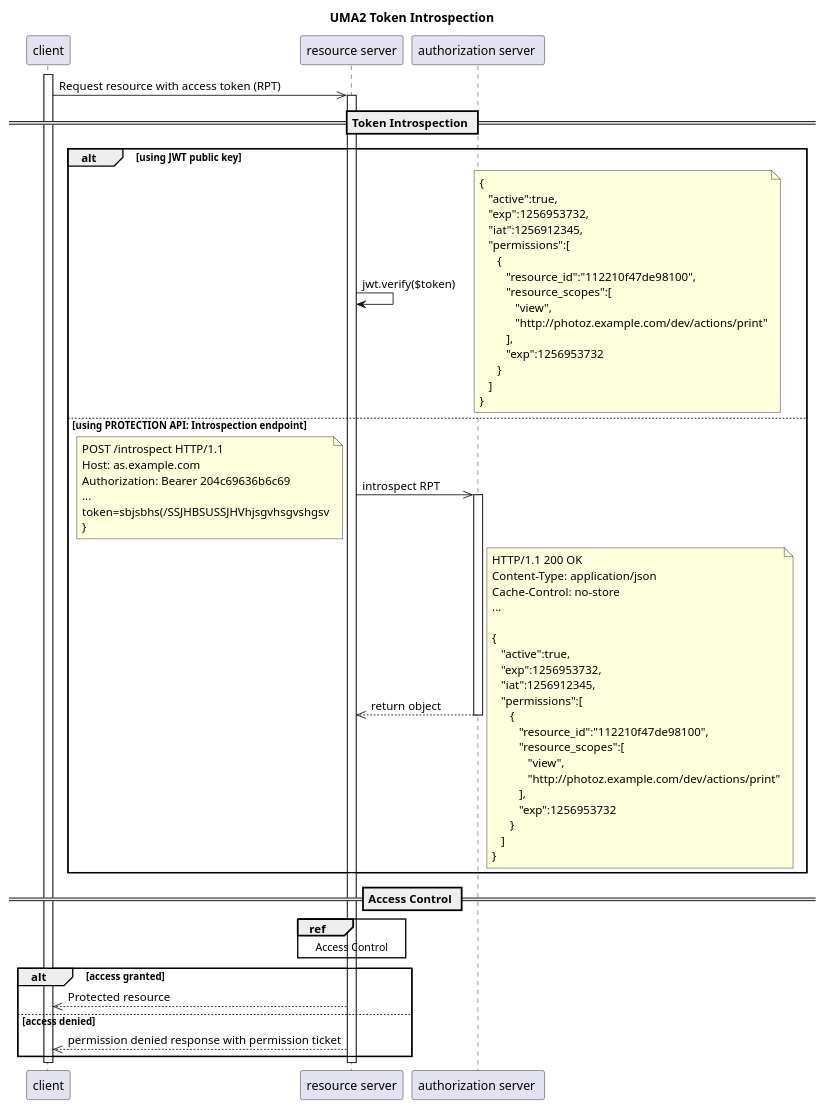
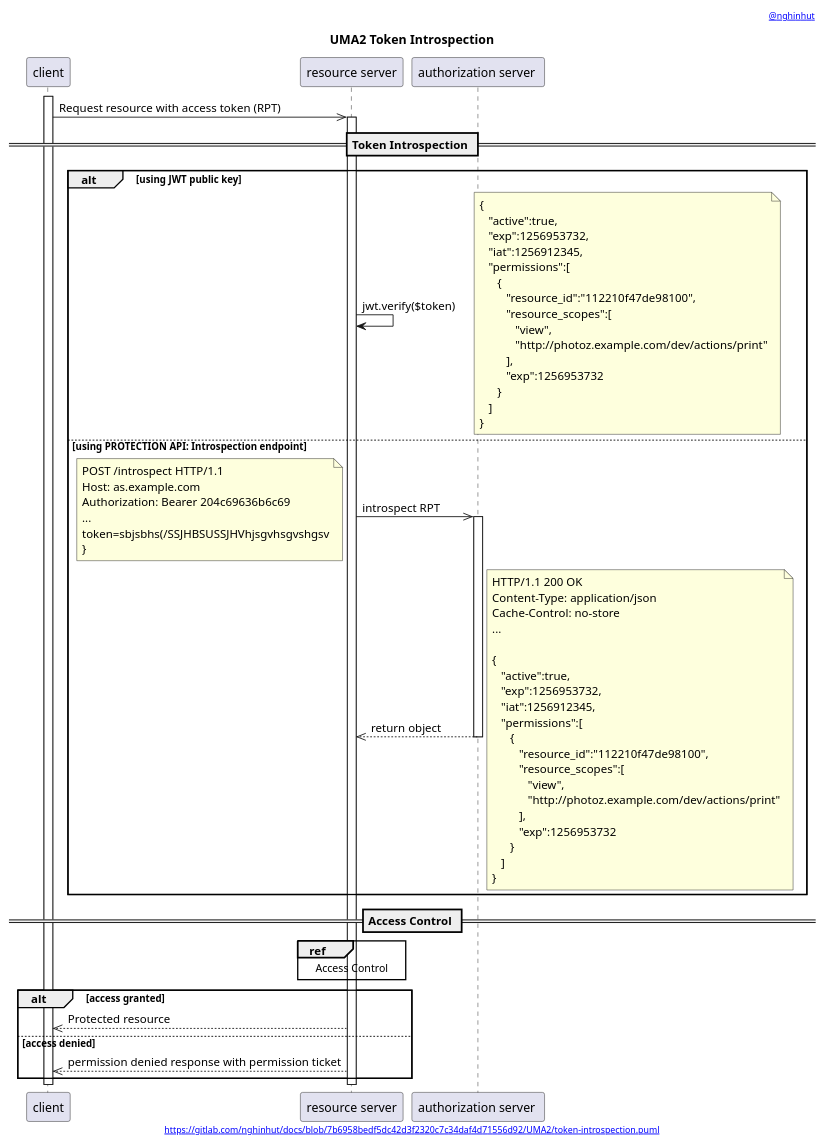
The diagram in UMA2/token-introspection.puml (nghinhut/docs), drawn with PlantUML before and after one commit. The commit also changed 27 other files, not shown here.

```diff
--- a/UMA2/token-introspection.puml
+++ b/UMA2/token-introspection.puml
@@ -1,82 +1,87 @@
 @startuml
+'-----START auto generated metadata please keep comment here to allow auto update-----
+'-----DON'T EDIT THIS SECTION, INSTEAD RE-RUN prebuild.sh TO UPDATE-----
+header [[https://www.nghinhut.dev?from=http%5C%3A%5C%2F%5C%2Fwww%5C.plantuml%5C.com%5C%2Fplantuml%5C%2Fproxy%3Ffmt%3Dsvg%5C%26src%3Dhttps%5C%3A%5C%2F%5C%2Fgitlab%5C.com%5C%2Fnghinhut%5C%2Fdocs%5C%2Fraw%5C%2F7b6958bedf5dc42d3f2320c7c34daf4d71556d92%5C%2FUMA2%5C%2Ftoken-introspection%5C.puml%0A @nghinhut]]
+footer [[http://www.plantuml.com/plantuml/proxy?fmt=svg&src=https://gitlab.com/nghinhut/docs/raw/7b6958bedf5dc42d3f2320c7c34daf4d71556d92/UMA2/token-introspection.puml https://gitlab.com/nghinhut/docs/blob/7b6958bedf5dc42d3f2320c7c34daf4d71556d92/UMA2/token-introspection.puml]]
+'-----END auto generated metadata please keep comment here to allow auto update-----
 title UMA2 Token Introspection
 
 participant "client" as client
 participant "resource server" as rs
 participant "authorization server " as as
 
 activate client
 client ->> rs : Request resource with access token (RPT)
 activate rs
 
 == Token Introspection ==
 alt using JWT public key
     rs -> rs : jwt.verify($token)
     note right
         {
            "active":true,
            "exp":1256953732,
            "iat":1256912345,
            "permissions":[
               {
                  "resource_id":"112210f47de98100",
                  "resource_scopes":[
                     "view",
                     "http://photoz.example.com/dev/actions/print"
                  ],
                  "exp":1256953732
               }
            ]
         }
     end note
 else using PROTECTION API: Introspection endpoint
     rs ->> as : introspect RPT
     note left
         POST /introspect HTTP/1.1
         Host: as.example.com
         Authorization: Bearer 204c69636b6c69
         ...
         token=sbjsbhs(/SSJHBSUSSJHVhjsgvhsgvshgsv
         }
     end note
     activate as
     rs <<-- as : return object
     note right
         HTTP/1.1 200 OK
         Content-Type: application/json
         Cache-Control: no-store
         ...
 
         {
            "active":true,
            "exp":1256953732,
            "iat":1256912345,
            "permissions":[
               {
                  "resource_id":"112210f47de98100",
                  "resource_scopes":[
                     "view",
                     "http://photoz.example.com/dev/actions/print"
                  ],
                  "exp":1256953732
               }
            ]
         }
     end note
     deactivate as
 end
 
 == Access Control ==
 
 ref over rs
     Access Control
 end
 
 alt access granted
     client <<-- rs : Protected resource
 else access denied
     client <<-- rs : permission denied response with permission ticket
 end
 deactivate rs
 deactivate client
 @enduml
```
